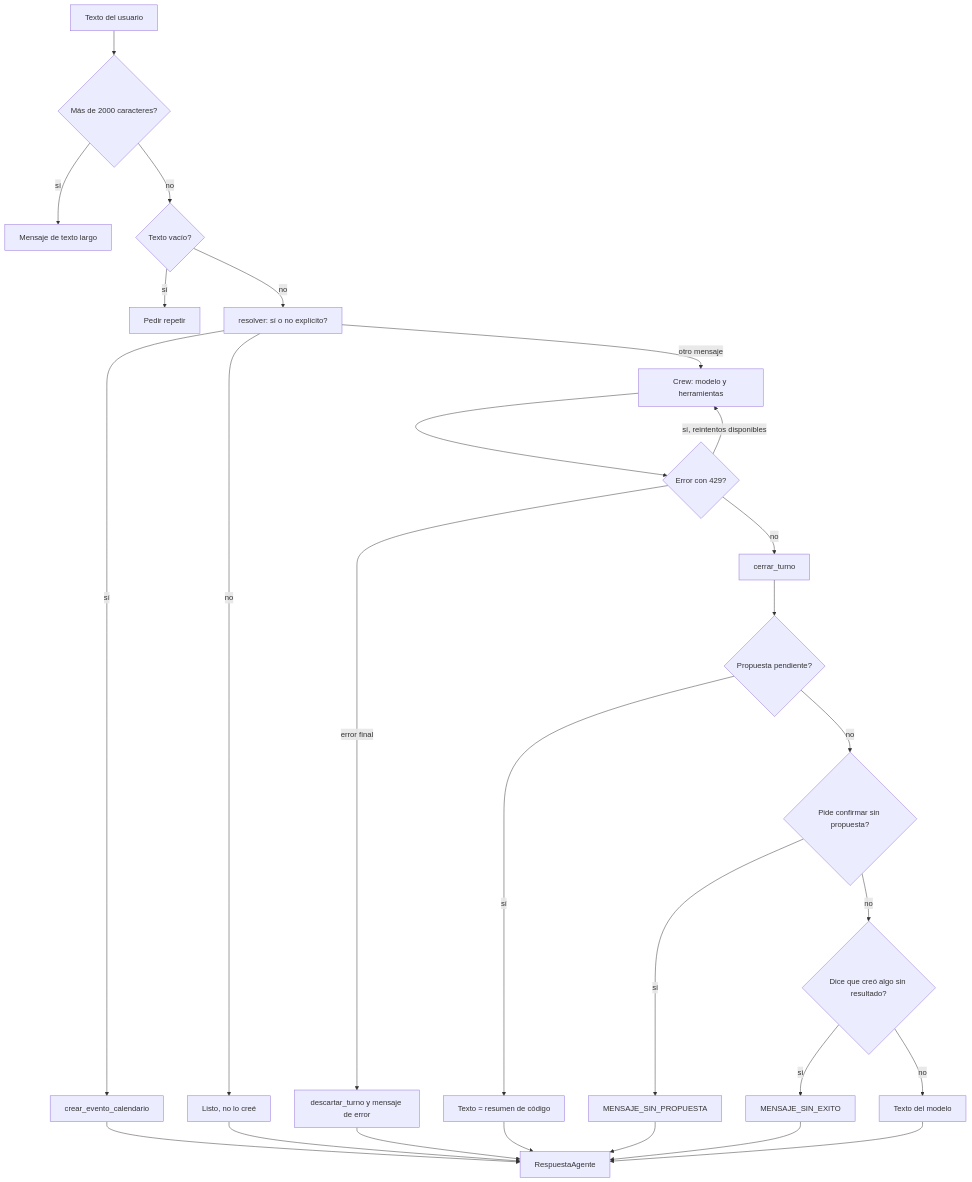
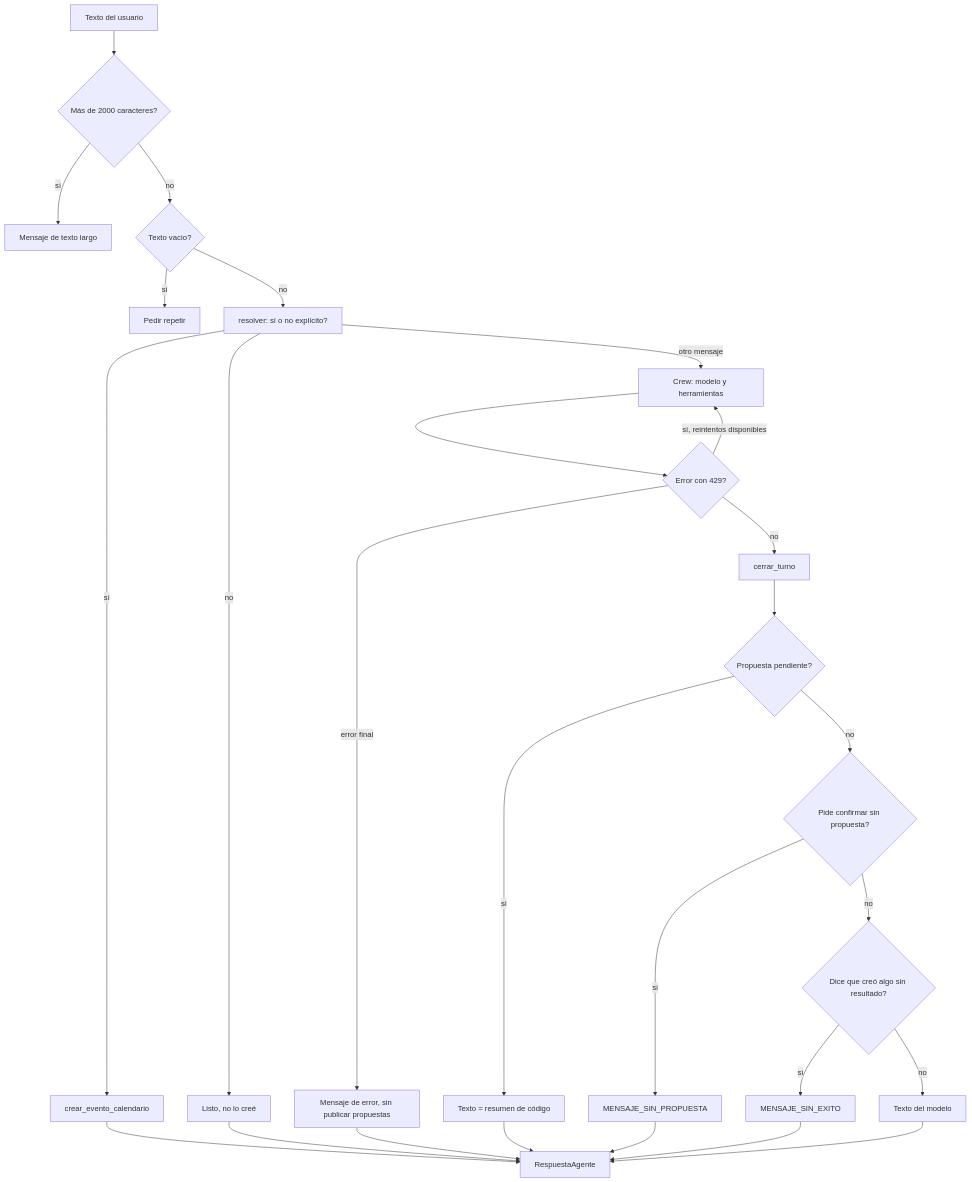
Before and after one commit to IngridNunez/Asistente-organizador: the second of 4 diagrams in docs/marcelo/agente.md, drawn with Mermaid. The commit also changed other lines of this file and 1 other file, not shown here.

````diff
--- a/docs/marcelo/agente.md
+++ b/docs/marcelo/agente.md
@@ -122,29 +122,29 @@
 ```mermaid
 flowchart TD
     A["Texto del usuario"] --> B{"Más de 2000 caracteres?"}
     B -- sí --> R1["Mensaje de texto largo"]
     B -- no --> C{"Texto vacío?"}
     C -- sí --> R2["Pedir repetir"]
     C -- no --> D["resolver: sí o no explícito?"]
     D -- "sí" --> E["crear_evento_calendario"]
     D -- "no" --> F["Listo, no lo creé"]
     D -- "otro mensaje" --> G["Crew: modelo y herramientas"]
     G --> H{"Error con 429?"}
     H -- sí, reintentos disponibles --> G
-    H -- error final --> I["descartar_turno y mensaje de error"]
+    H -- error final --> I["Mensaje de error, sin publicar propuestas"]
     H -- no --> J["cerrar_turno"]
     J --> K{"Propuesta pendiente?"}
     K -- sí --> L["Texto = resumen de código"]
     K -- no --> M{"Pide confirmar sin propuesta?"}
     M -- sí --> N["MENSAJE_SIN_PROPUESTA"]
     M -- no --> O{"Dice que creó algo sin resultado?"}
     O -- sí --> P["MENSAJE_SIN_EXITO"]
     O -- no --> Q["Texto del modelo"]
     L --> Z["RespuestaAgente"]
     N --> Z
     P --> Z
     Q --> Z
     E --> Z
     F --> Z
     I --> Z
 ```
````
